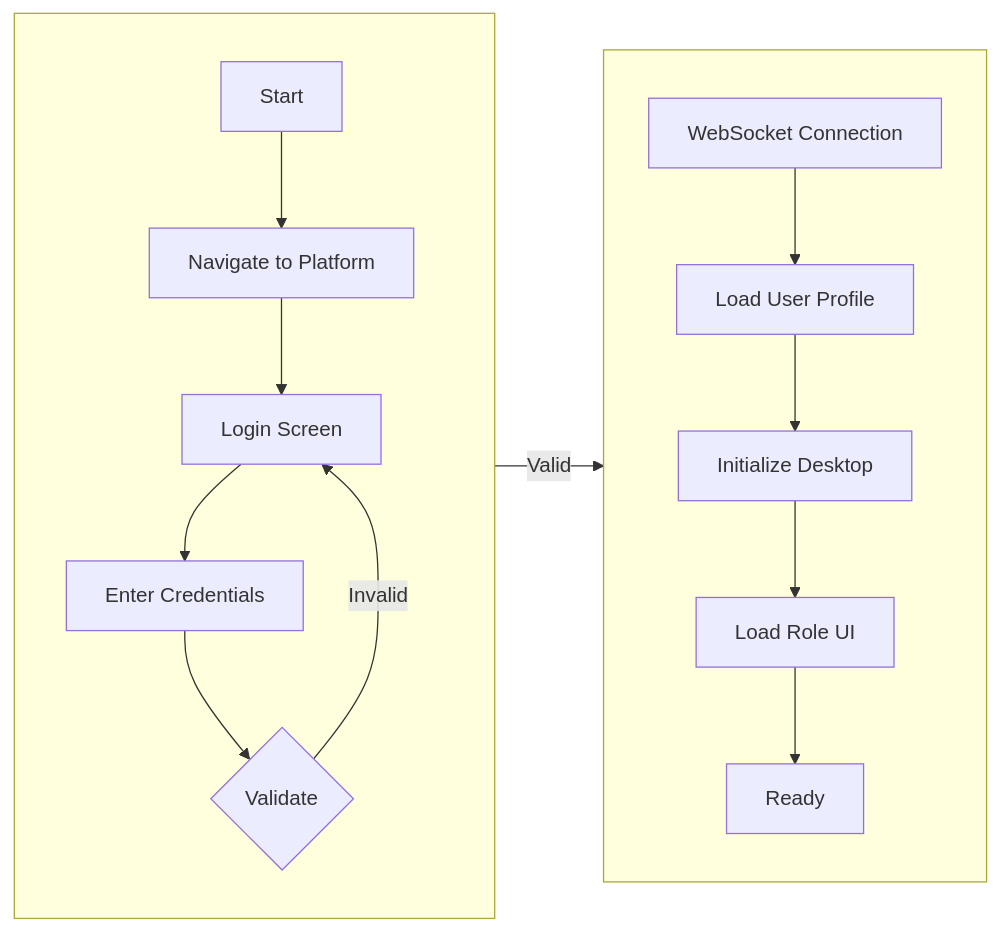
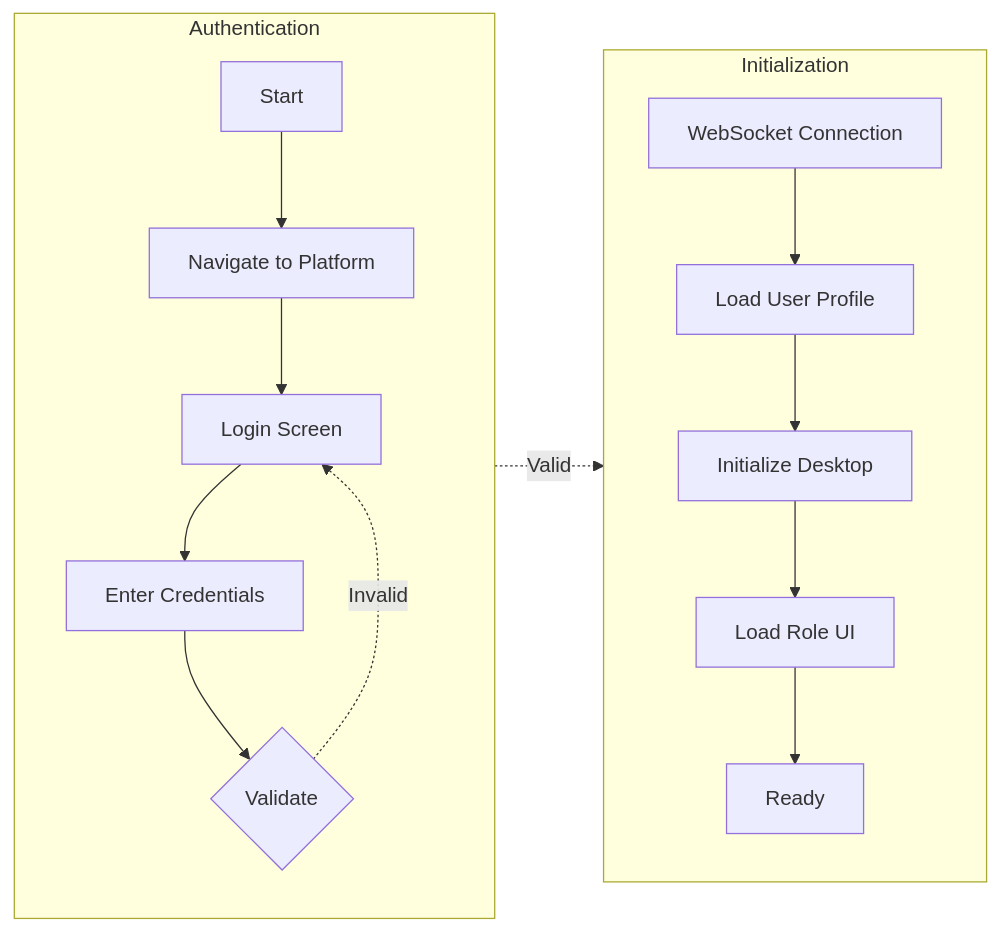
The first of 10 diagrams in docs/SEN3781_Assignment4_Information_Architecture_Report.md (RoundRobinHood/cogniflight-cloud), drawn with Mermaid before and after one commit. The commit also changed other lines of this file, not shown here.

Commit message:
improved diagram readability

````diff
--- a/docs/SEN3781_Assignment4_Information_Architecture_Report.md
+++ b/docs/SEN3781_Assignment4_Information_Architecture_Report.md
@@ -134,19 +134,19 @@
 ```mermaid
 flowchart LR
-    subgraph row1[" "]
+    subgraph s1["Authentication"]
         direction TB
         A[Start] --> B[Navigate to Platform]
         B --> C[Login Screen]
         C --> D[Enter Credentials]
         D --> E{Validate}
     end
-    subgraph row2[" "]
+    subgraph s2["Initialization"]
         direction TB
         F[WebSocket Connection] --> G[Load User Profile]
         G --> H[Initialize Desktop]
         H --> I[Load Role UI]
         I --> J[Ready]
     end
-    E -->|Valid| F
-    E -->|Invalid| C
+    E -.->|Valid| F
+    E -.->|Invalid| C
 ```
````
